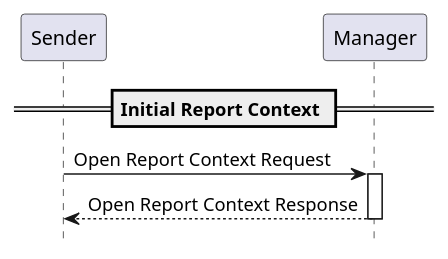
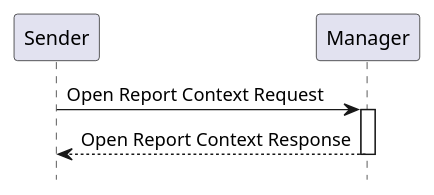
Before and after one commit to IHE/RAD.IRA: the diagram in input/images-source/rad-x3-seq.plantuml, drawn with PlantUML. The commit also changed 3 other files, not shown here.

```diff
--- a/input/images-source/rad-x3-seq.plantuml
+++ b/input/images-source/rad-x3-seq.plantuml
@@ -1,15 +1,13 @@
 @startuml
 
 hide footbox
 
 participant "Sender" as Sender
 participant "Manager" as Manager
 
-== Initial Report Context ==
-
 Sender->Manager: Open Report Context Request
 activate Manager
 Manager-->Sender: Open Report Context Response
 deactivate Manager
 
 @enduml
```
